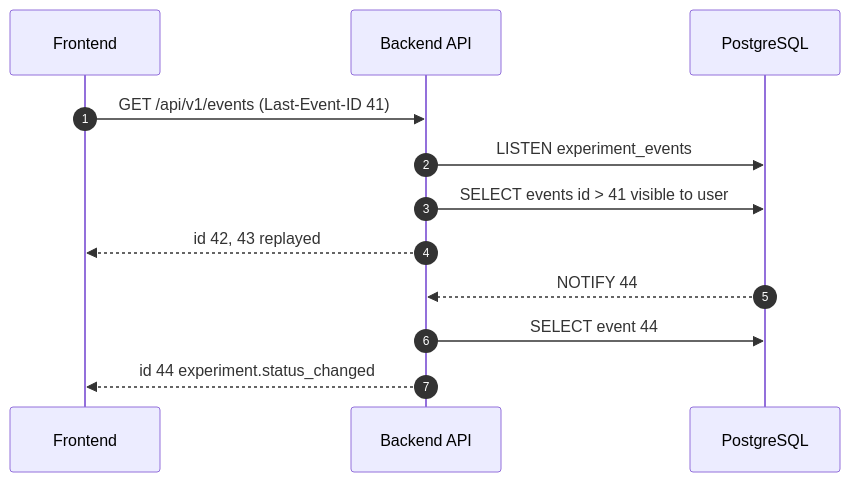
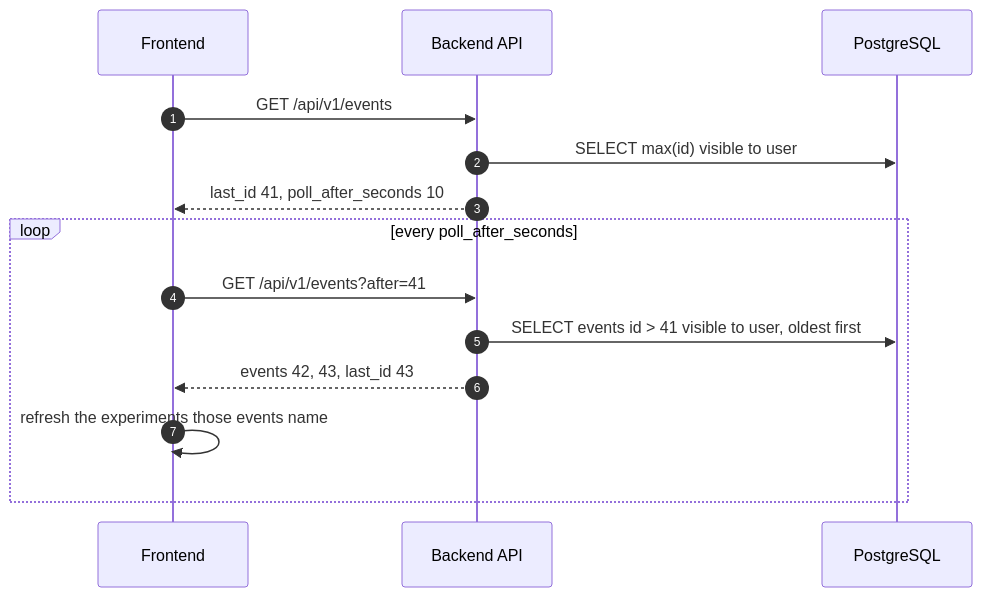
The second of 2 diagrams in docs/features/notifications/README.md (SURIMI-Project/SURIMI-modelgui), drawn with Mermaid before and after one commit. The commit also changed other lines of this file and 215 other files, not shown here.

````diff
--- a/docs/features/notifications/README.md
+++ b/docs/features/notifications/README.md
@@ -65,14 +74,16 @@
 ```mermaid
 sequenceDiagram
     autonumber
     participant W as Frontend
     participant A as Backend API
     participant D as PostgreSQL
-    W->>A: GET /api/v1/events (Last-Event-ID 41)
-    A->>D: LISTEN experiment_events
-    A->>D: SELECT events id > 41 visible to user
-    A-->>W: id 42, 43 replayed
-    D-->>A: NOTIFY 44
-    A->>D: SELECT event 44
-    A-->>W: id 44 experiment.status_changed
+    W->>A: GET /api/v1/events
+    A->>D: SELECT max(id) visible to user
+    A-->>W: last_id 41, poll_after_seconds 10
+    loop every poll_after_seconds
+        W->>A: GET /api/v1/events?after=41
+        A->>D: SELECT events id > 41 visible to user, oldest first
+        A-->>W: events 42, 43, last_id 43
+        W->>W: refresh the experiments those events name
+    end
 ```
````
